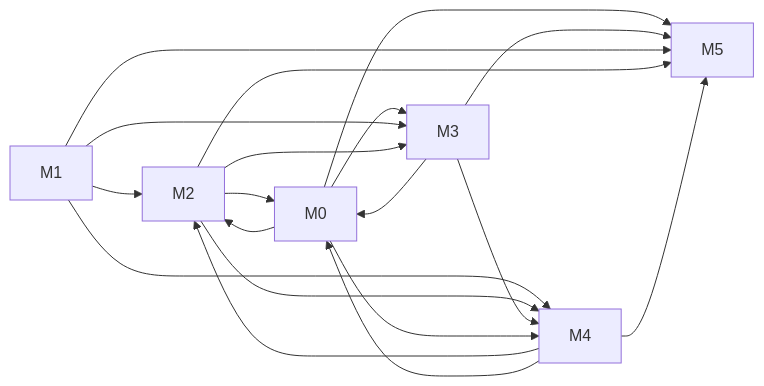
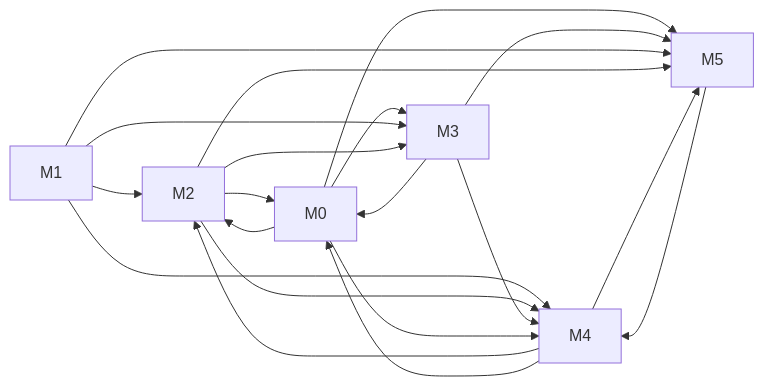
One commit to MohamedGamil/MapX changed the diagram in docs/baton/DEPENDENCIES.md. Above: the diagram before and after it, drawn with Mermaid. The commit also changed other lines of this file and 9 other files, not shown here.

````diff
--- a/docs/baton/DEPENDENCIES.md
+++ b/docs/baton/DEPENDENCIES.md
@@ -5,21 +5,22 @@
 ```mermaid
 flowchart LR
   M1 --> M2
   M3 --> M0
   M2 --> M0
   M0 --> M3
   M1 --> M3
   M2 --> M3
   M1 --> M4
   M2 --> M4
   M3 --> M4
   M0 --> M4
   M0 --> M5
   M3 --> M5
   M1 --> M5
   M2 --> M5
   M4 --> M5
   M4 --> M2
   M0 --> M2
   M4 --> M0
+  M5 --> M4
 ```
````
